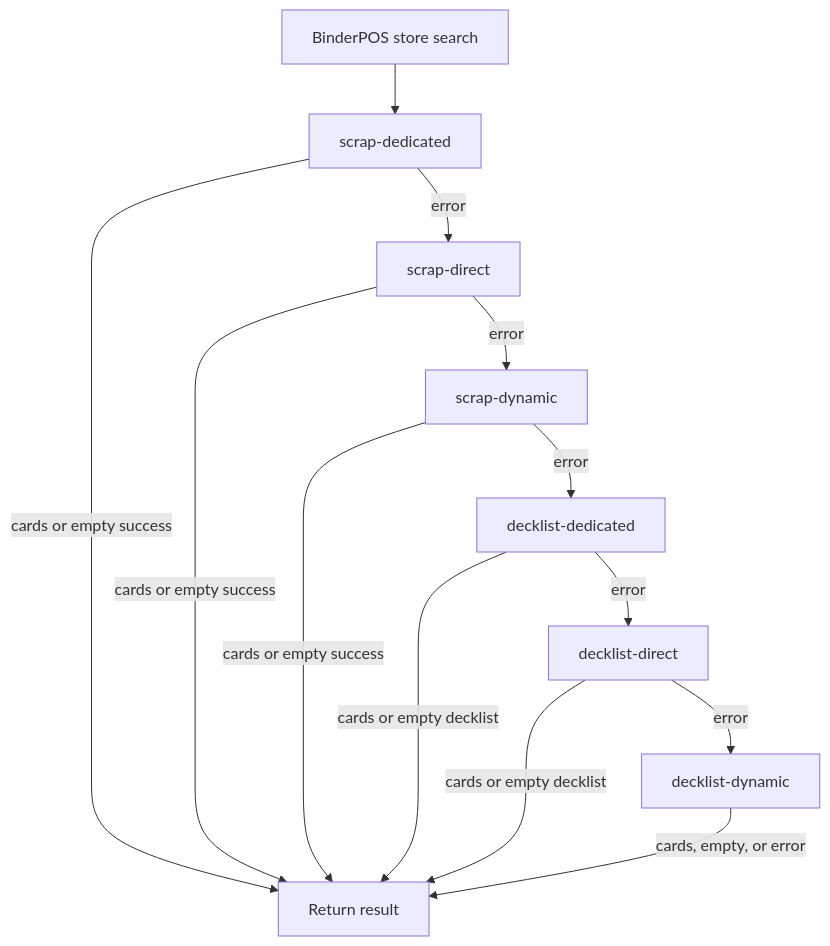
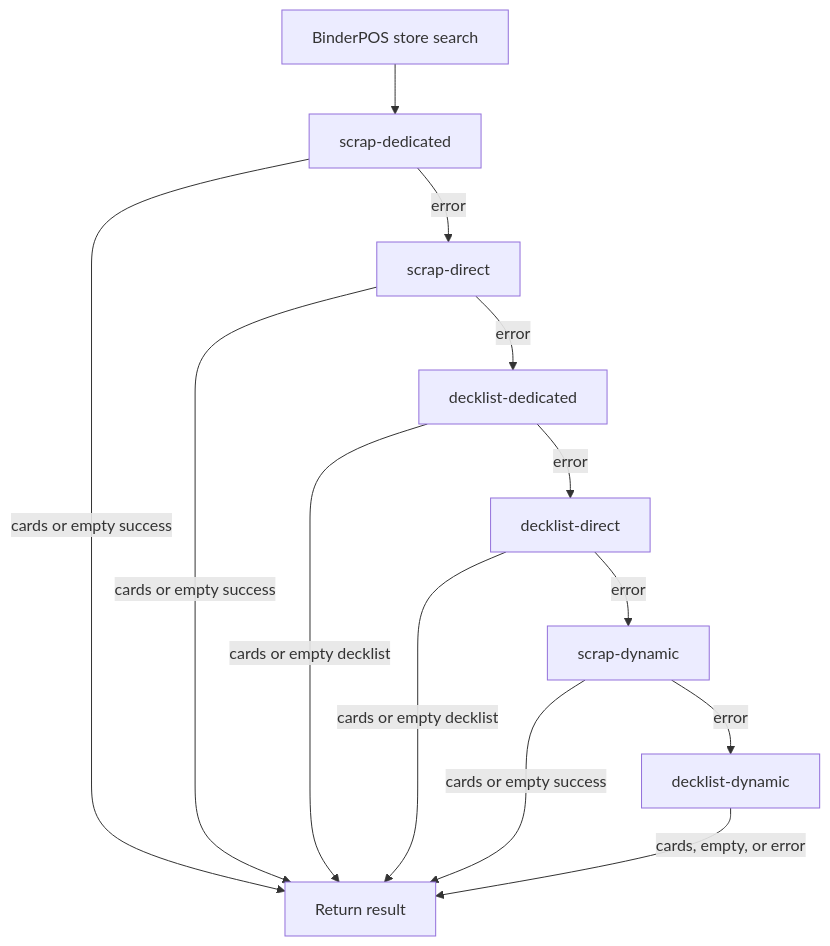
Before and after one commit to xenodus/gishathfetch: the fourth of 4 diagrams in README.md, drawn with Mermaid. The commit also changed other lines of this file and 5 other files, not shown here.

````diff
--- a/README.md
+++ b/README.md
@@ -264,15 +263,15 @@
 ```mermaid
 flowchart TD
     A[BinderPOS store search] --> B[scrap-dedicated]
     B -- error --> C[scrap-direct]
-    C -- error --> D[scrap-dynamic]
-    D -- error --> F[decklist-dedicated]
+    C -- error --> F[decklist-dedicated]
     F -- error --> G[decklist-direct]
-    G -- error --> H[decklist-dynamic]
+    G -- error --> D[scrap-dynamic]
+    D -- error --> H[decklist-dynamic]
     B -- cards or empty success --> E[Return result]
     C -- cards or empty success --> E
-    D -- cards or empty success --> E
     F -- cards or empty decklist --> E
     G -- cards or empty decklist --> E
+    D -- cards or empty success --> E
     H -- cards, empty, or error --> E
 ```
````
